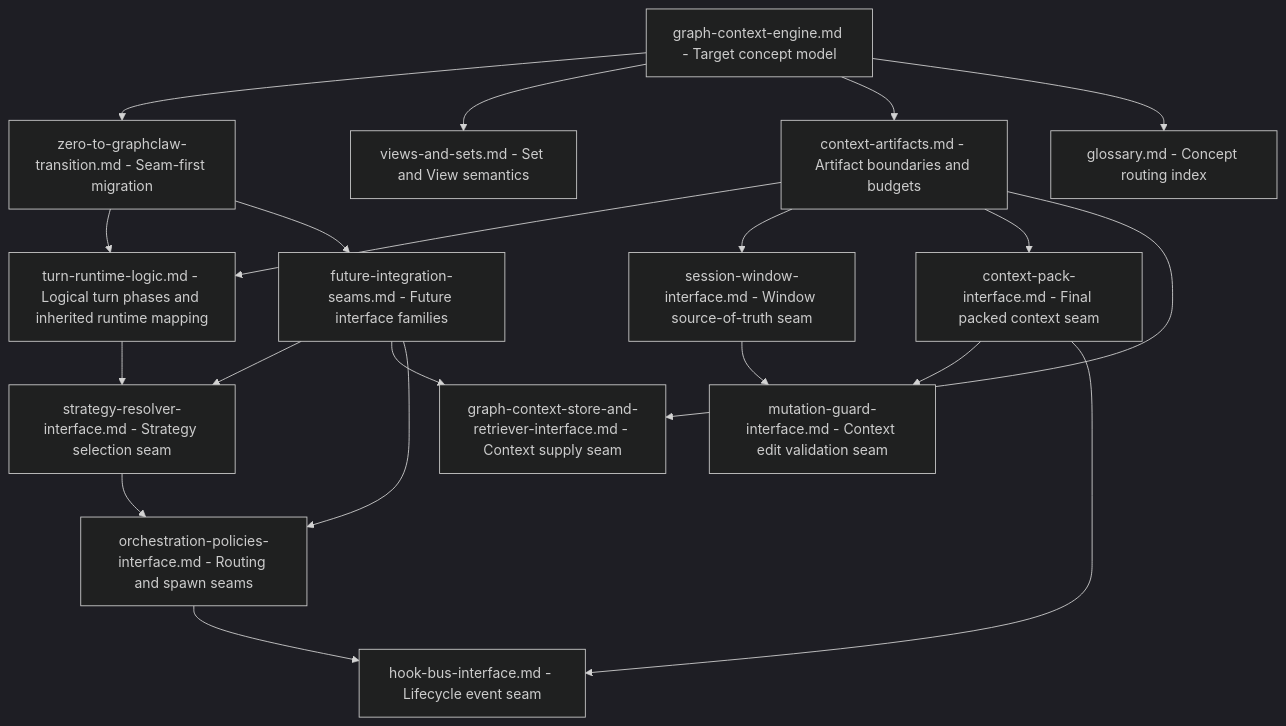
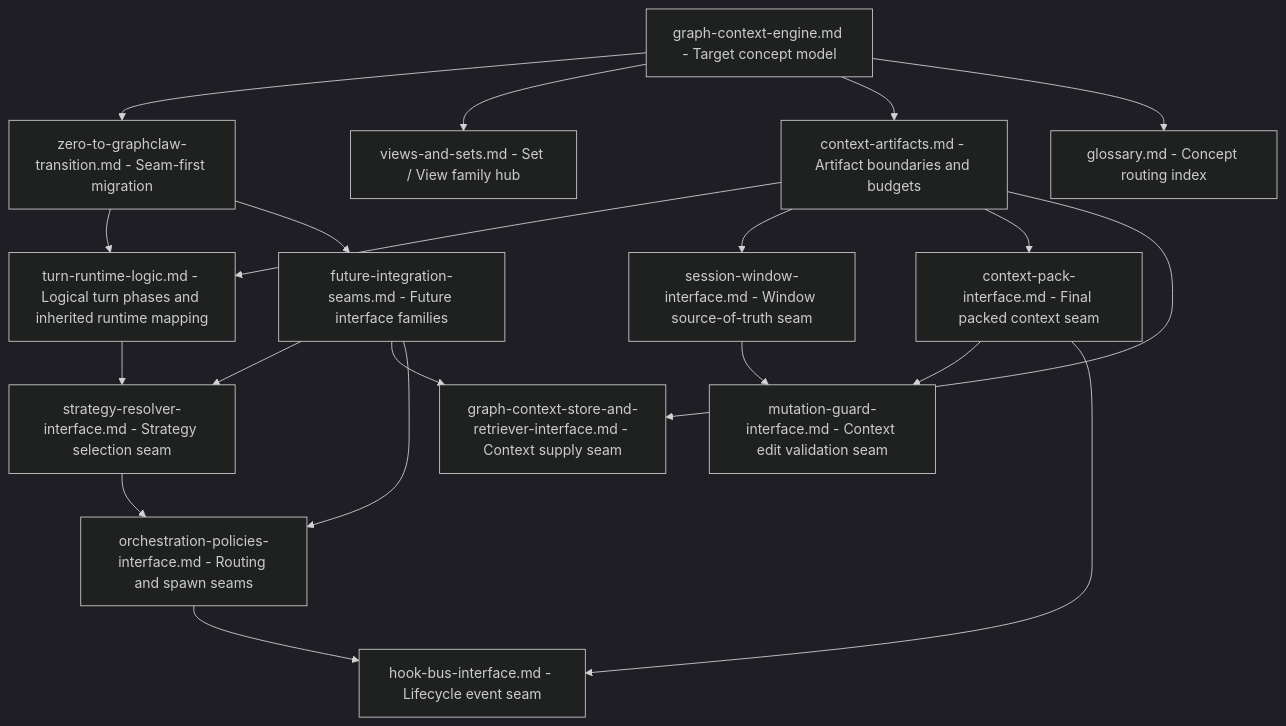
Before and after one commit to ZEDIUM-Off/graphclaw: the diagram in docs/architecture/README.md, drawn with Mermaid (dark theme). The commit also changed other lines of this file and 518 other files, not shown here.

Commit message:
docs: homogenize context routing and graph agentics refs

````diff
--- a/docs/architecture/README.md
+++ b/docs/architecture/README.md
@@ -47,37 +48,37 @@
 ```mermaid
 flowchart TD
     A["graph-context-engine.md - Target concept model"]
     B["zero-to-graphclaw-transition.md - Seam-first migration"]
-    C["views-and-sets.md - Set and View semantics"]
+    C["views-and-sets.md - Set / View family hub"]
     D["context-artifacts.md - Artifact boundaries and budgets"]
     E["turn-runtime-logic.md - Logical turn phases and inherited runtime mapping"]
     F["future-integration-seams.md - Future interface families"]
     G["session-window-interface.md - Window source-of-truth seam"]
     H["context-pack-interface.md - Final packed context seam"]
     I["strategy-resolver-interface.md - Strategy selection seam"]
     J["graph-context-store-and-retriever-interface.md - Context supply seam"]
     K["mutation-guard-interface.md - Context edit validation seam"]
     L["orchestration-policies-interface.md - Routing and spawn seams"]
     M["hook-bus-interface.md - Lifecycle event seam"]
     N["glossary.md - Concept routing index"]
 
     A --> B
     A --> C
     A --> D
     B --> E
     D --> E
     B --> F
     D --> G
     D --> H
     E --> I
     F --> I
     F --> J
     D --> J
     G --> K
     H --> K
     F --> L
     I --> L
     L --> M
     H --> M
     A --> N
 ```
````
